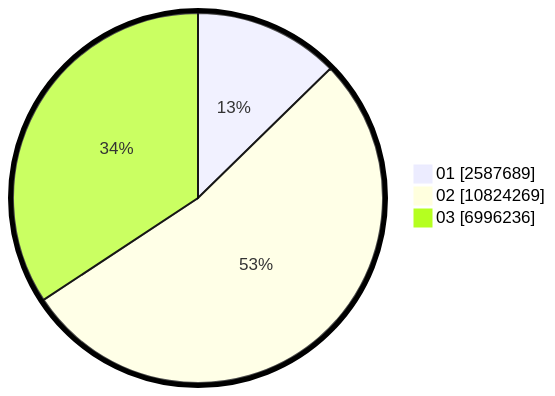
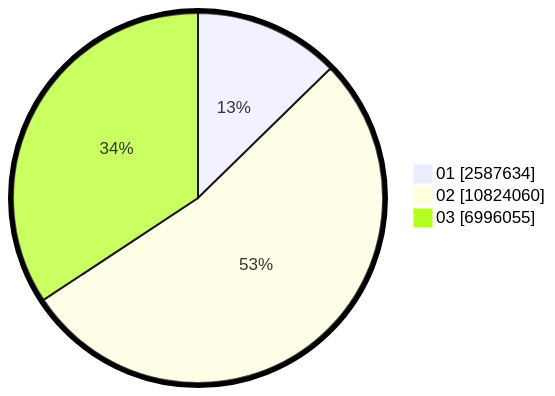
The second of 2 diagrams in pilpres/hitung-suara/sub/table-wilayah-33.md (gigit-pemilu/pemilu-2024), drawn with Mermaid before and after one commit. The commit also changed other lines of this file and 8 other files, not shown here.

````diff
--- a/pilpres/hitung-suara/sub/table-wilayah-33.md
+++ b/pilpres/hitung-suara/sub/table-wilayah-33.md
@@ -15,7 +15,7 @@
 ```mermaid
 %%{init: {"pie": {"textPosition": 0.5}, "themeVariables": {"pieOuterStrokeWidth": "5px"}} }%%
 pie showData
-    "01" : 2587689
-    "02" : 10824269
-    "03" : 6996236
+    "01" : 2587634
+    "02" : 10824060
+    "03" : 6996055
 ```
````
